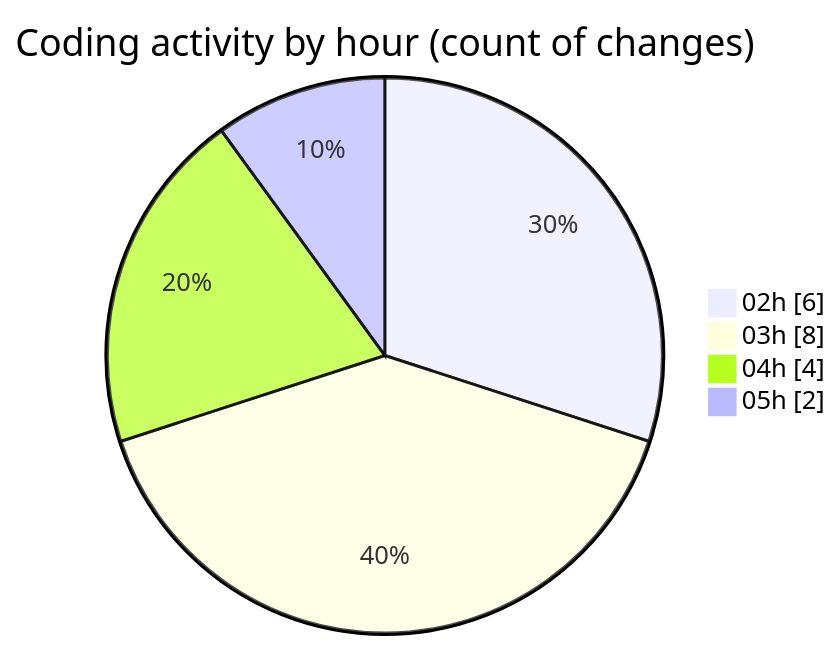
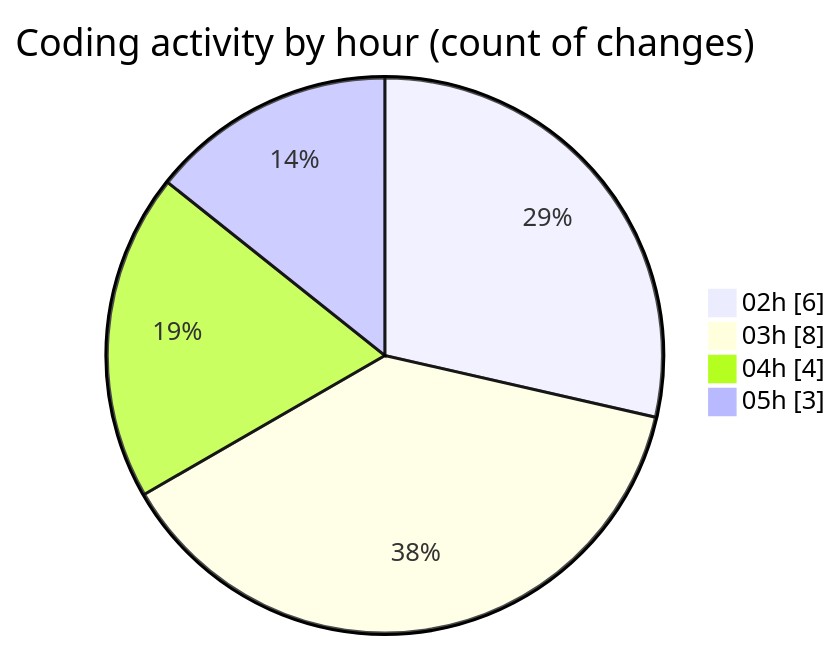
The second of 2 diagrams in 2025-07-03/cursor/README.md (FelipKnott/code-tracking), drawn with Mermaid before and after one commit. The commit also changed other lines of this file and 1 other file, not shown here.

````diff
--- a/2025-07-03/cursor/README.md
+++ b/2025-07-03/cursor/README.md
@@ -34,8 +34,8 @@
 ```mermaid
 pie showData
 title Coding activity by hour (count of changes)
 "02h" : 6
 "03h" : 8
 "04h" : 4
-"05h" : 2
+"05h" : 3
 ```
````
